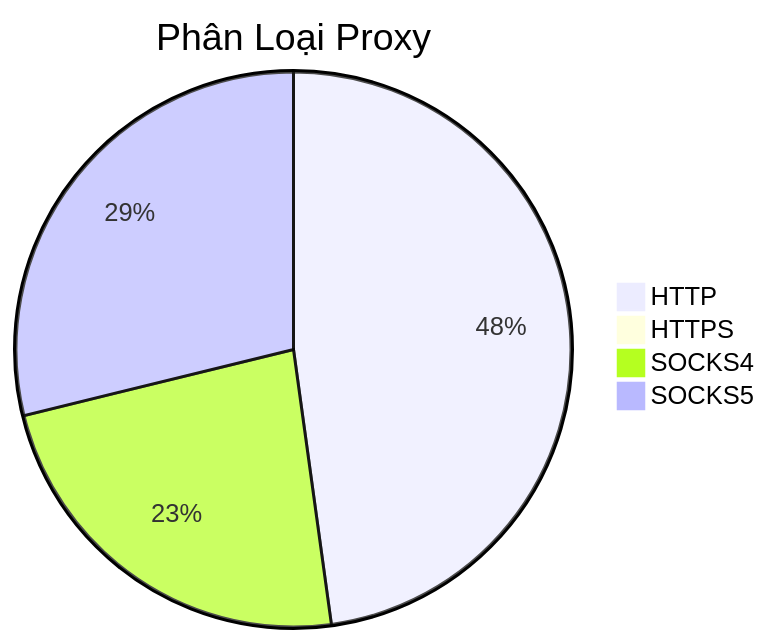
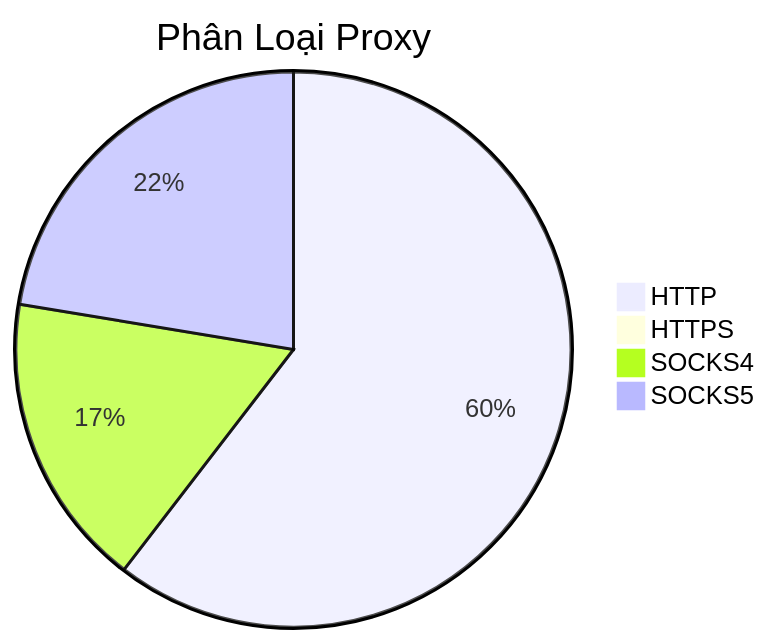
One commit to Ciara-12/PROXY-free changed the diagram in README.md. Above: the diagram before and after it, drawn with Mermaid. The commit also changed other lines of this file and 3 other files, not shown here.

````diff
--- a/README.md
+++ b/README.md
@@ -26,7 +26,7 @@
 ```mermaid
 pie title Phân Loại Proxy
-    "HTTP" : 559
+    "HTTP" : 926
     "HTTPS" : 0
-    "SOCKS4" : 273
-    "SOCKS5" : 337
+    "SOCKS4" : 263
+    "SOCKS5" : 343
 ```
````
